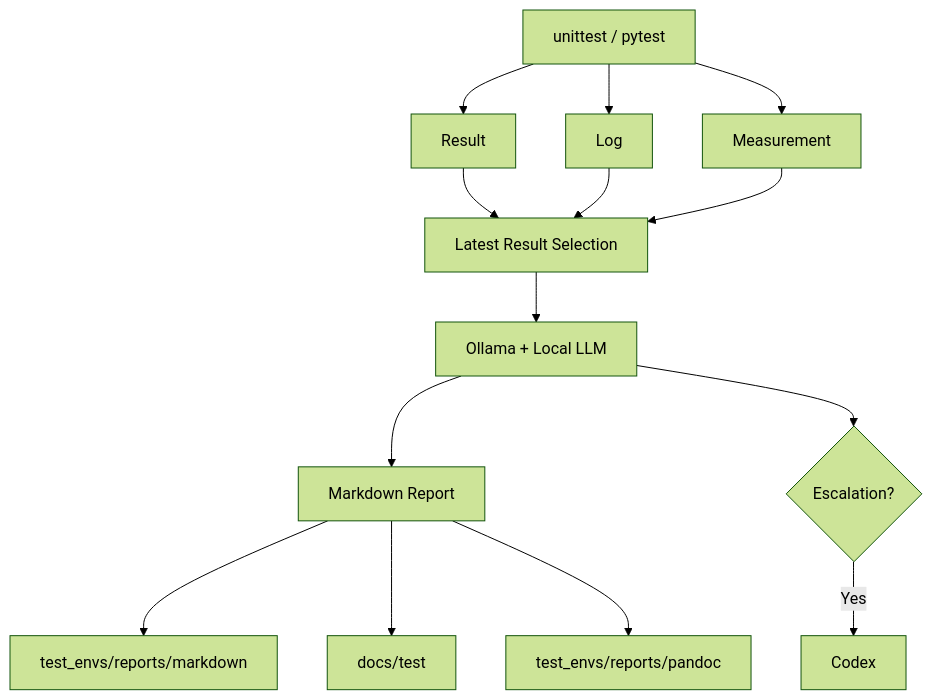
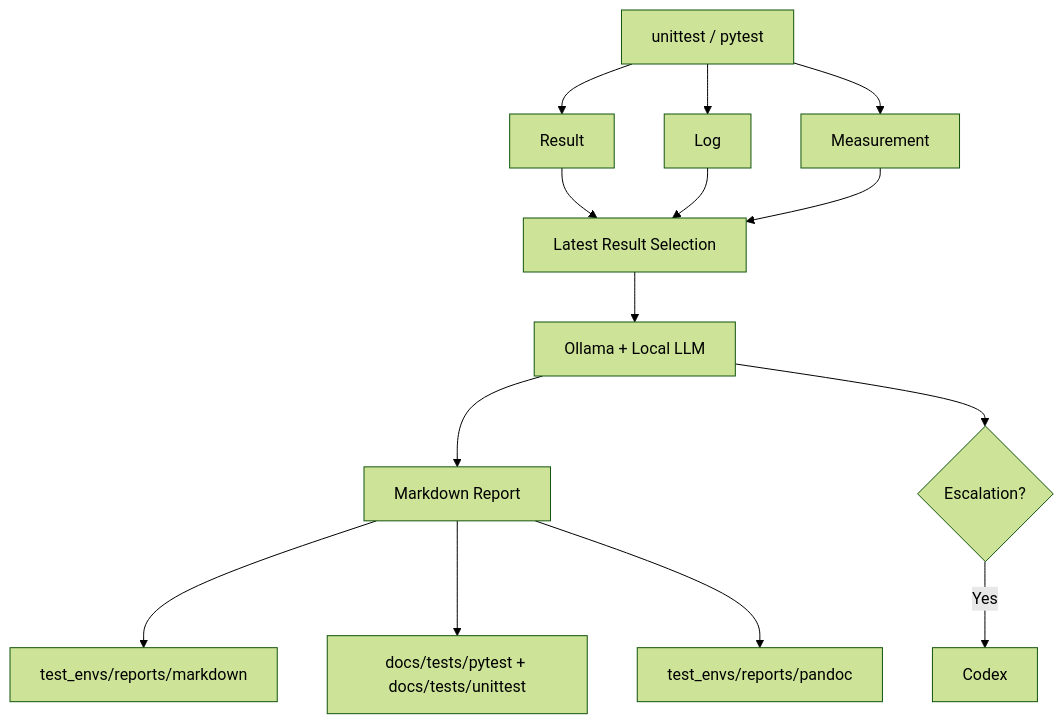
The fifth of 5 diagrams in docs/index.md (JeonghunLee/AI-driven-CI-CT), drawn with Mermaid (forest theme) before and after one commit. The commit also changed other lines of this file and 44 other files, not shown here.

````diff
--- a/docs/index.md
+++ b/docs/index.md
@@ -267,16 +267,16 @@
 ```mermaid
 flowchart TD
     A[unittest / pytest] --> B[Result]
     A --> C[Log]
     A --> D[Measurement]
     B --> E[Latest Result Selection]
     C --> E
     D --> E
     E --> F[Ollama + Local LLM]
     F --> G[Markdown Report]
     G --> H[test_envs/reports/markdown]
-    G --> J[docs/test]
+    G --> J[docs/tests/pytest + docs/tests/unittest]
     G --> K[test_envs/reports/pandoc]
     F --> L{Escalation?}
     L -- Yes --> M[Codex]
 ```
````
